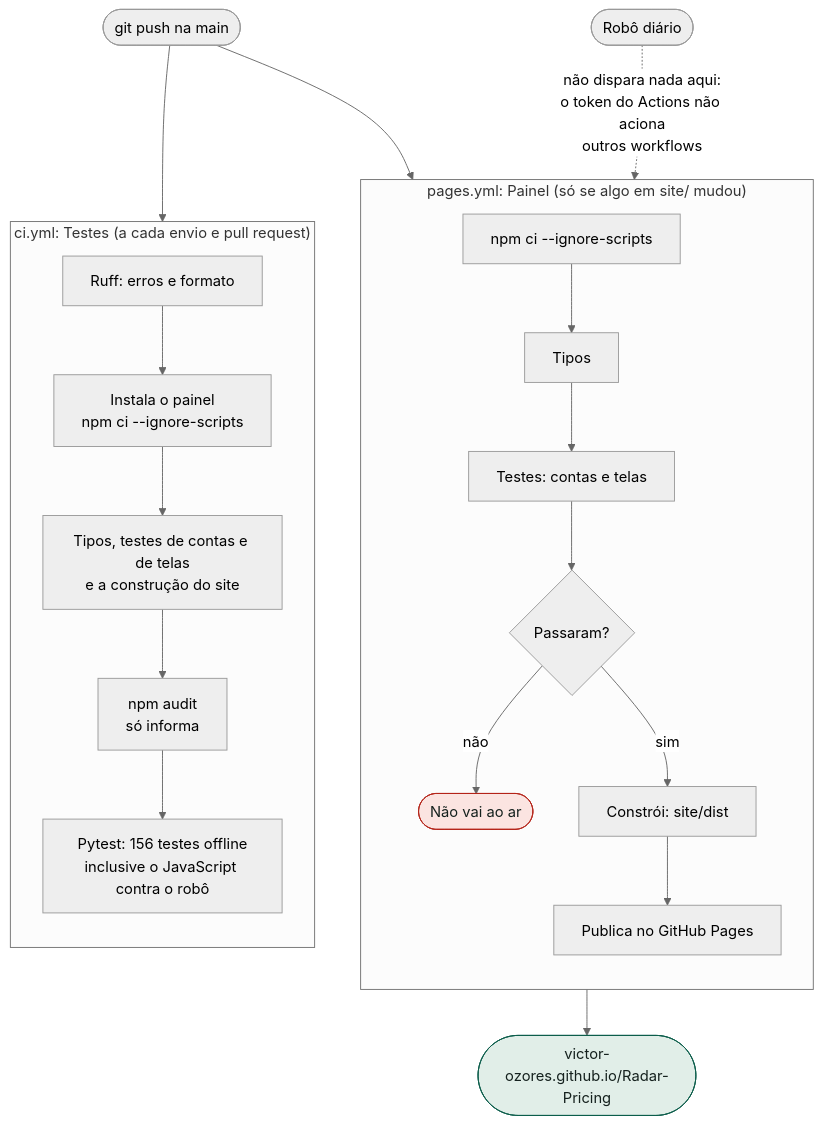
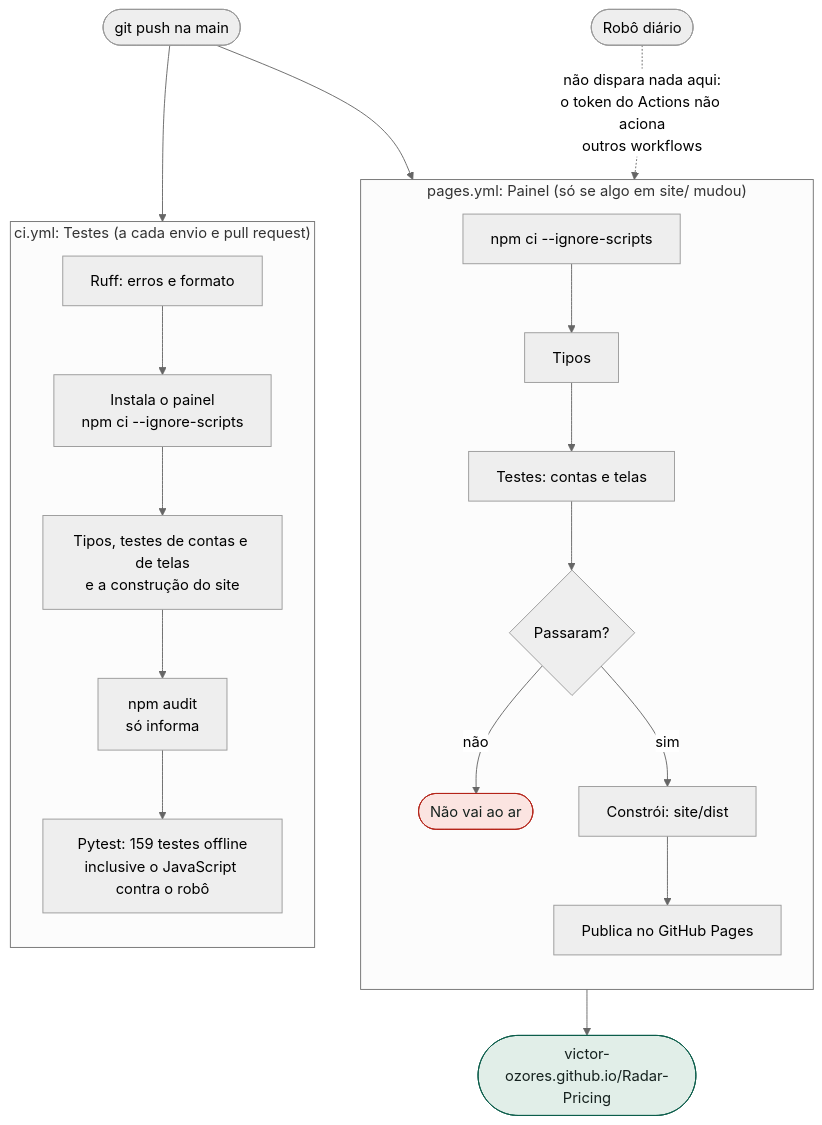
The eighth of 8 diagrams in docs/fluxograma.md (victor-ozores/Radar-Pricing), drawn with Mermaid (neutral theme) before and after one commit. The commit also changed 6 other files, not shown here.

````diff
--- a/docs/fluxograma.md
+++ b/docs/fluxograma.md
@@ -260,31 +260,31 @@
 ```mermaid
 flowchart TD
     A(["git push na main"]) --> CI
     A --> PG
 
     subgraph CI["ci.yml: Testes (a cada envio e pull request)"]
         direction TB
         C1["Ruff: erros e formato"] --> C2["Instala o painel<br/>npm ci --ignore-scripts"]
         C2 --> C3["Tipos, testes de contas e de telas<br/>e a construção do site"]
         C3 --> C4["npm audit<br/>só informa"]
-        C4 --> C5["Pytest: 156 testes offline<br/>inclusive o JavaScript contra o robô"]
+        C4 --> C5["Pytest: 159 testes offline<br/>inclusive o JavaScript contra o robô"]
     end
 
     subgraph PG["pages.yml: Painel (só se algo em site/ mudou)"]
         direction TB
         P1["npm ci --ignore-scripts"] --> P2["Tipos"]
         P2 --> P3["Testes: contas e telas"]
         P3 --> P4{"Passaram?"}
         P4 -->|"não"| PX(["Não vai ao ar"])
         P4 -->|"sim"| P5["Constrói: site/dist"]
         P5 --> P6["Publica no GitHub Pages"]
     end
 
     P6 --> SITE(["victor-ozores.github.io/Radar-Pricing"])
     ROB(["Robô diário"]) -.->|"não dispara nada aqui:<br/>o token do Actions não aciona<br/>outros workflows"| PG
 
     classDef ruim fill:#fbe4e1,stroke:#b42318,color:#15211e
     classDef fim fill:#e1eee8,stroke:#0b5d4b,color:#15211e
     class PX ruim
     class SITE fim
 ```
````
